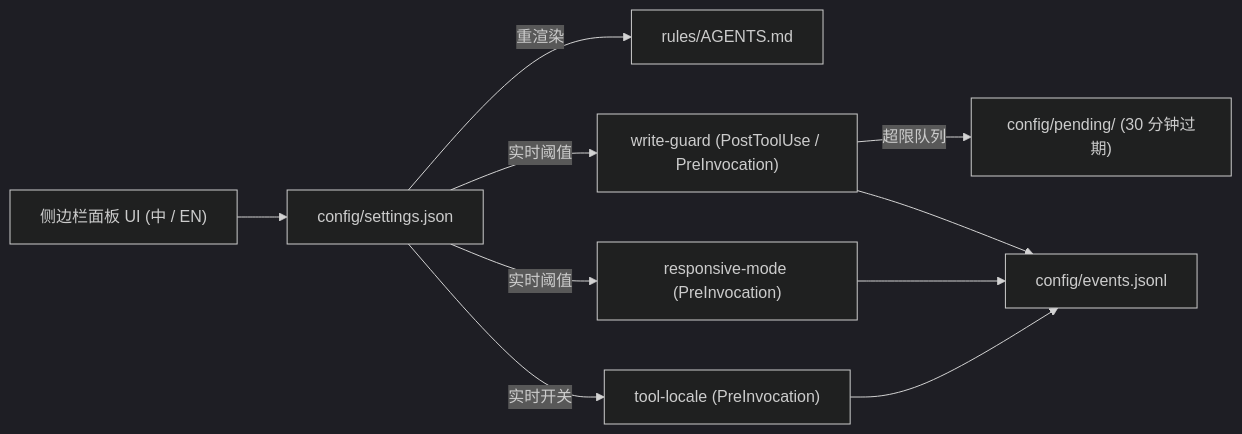
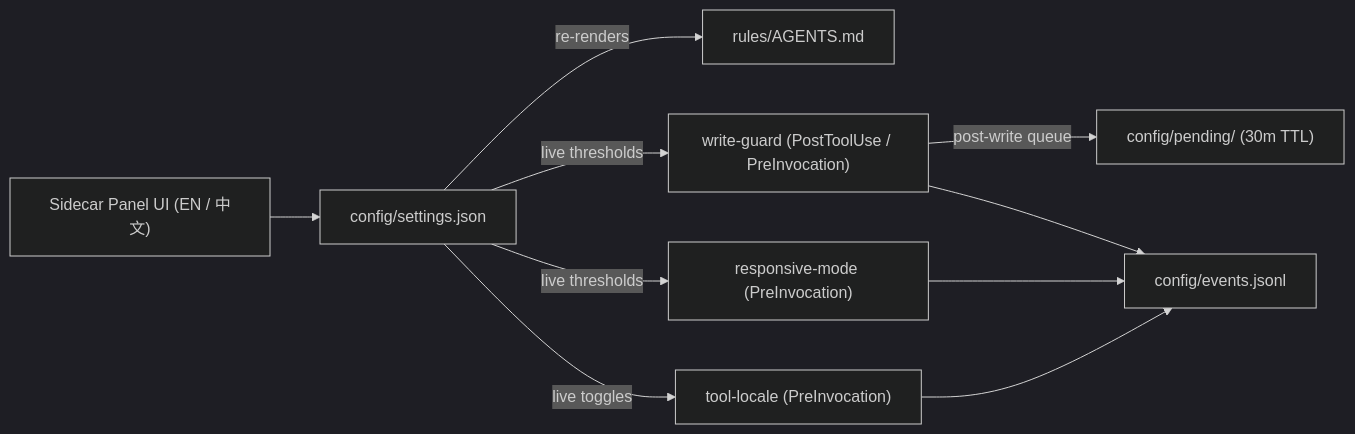
One commit to Lynn-zy/antigravity-chunked-write-guard changed the diagram in README.zh-CN.md. Above: the diagram before and after it, drawn with Mermaid (dark theme). The commit also changed other lines of this file and 1 other file, not shown here.

````diff
--- a/README.zh-CN.md
+++ b/README.zh-CN.md
@@ -165,12 +165,12 @@
 ```mermaid
 flowchart LR
-  UI["侧边栏面板 UI (中 / EN)"] --> CFG["config/settings.json"]
-  CFG -->|"重渲染"| RULES["rules/AGENTS.md"]
-  CFG -->|"实时阈值"| WG["write-guard (PostToolUse / PreInvocation)"]
-  CFG -->|"实时阈值"| RM["responsive-mode (PreInvocation)"]
-  CFG -->|"实时开关"| TL["tool-locale (PreInvocation)"]
-  WG -->|"超限队列"| PEND["config/pending/ (30 分钟过期)"]
+  UI["Sidecar Panel UI (EN / 中文)"] --> CFG["config/settings.json"]
+  CFG -->|"re-renders"| RULES["rules/AGENTS.md"]
+  CFG -->|"live thresholds"| WG["write-guard (PostToolUse / PreInvocation)"]
+  CFG -->|"live thresholds"| RM["responsive-mode (PreInvocation)"]
+  CFG -->|"live toggles"| TL["tool-locale (PreInvocation)"]
+  WG -->|"post-write queue"| PEND["config/pending/ (30m TTL)"]
   WG --> LOG["config/events.jsonl"]
   RM --> LOG
   TL --> LOG
 ```
````
